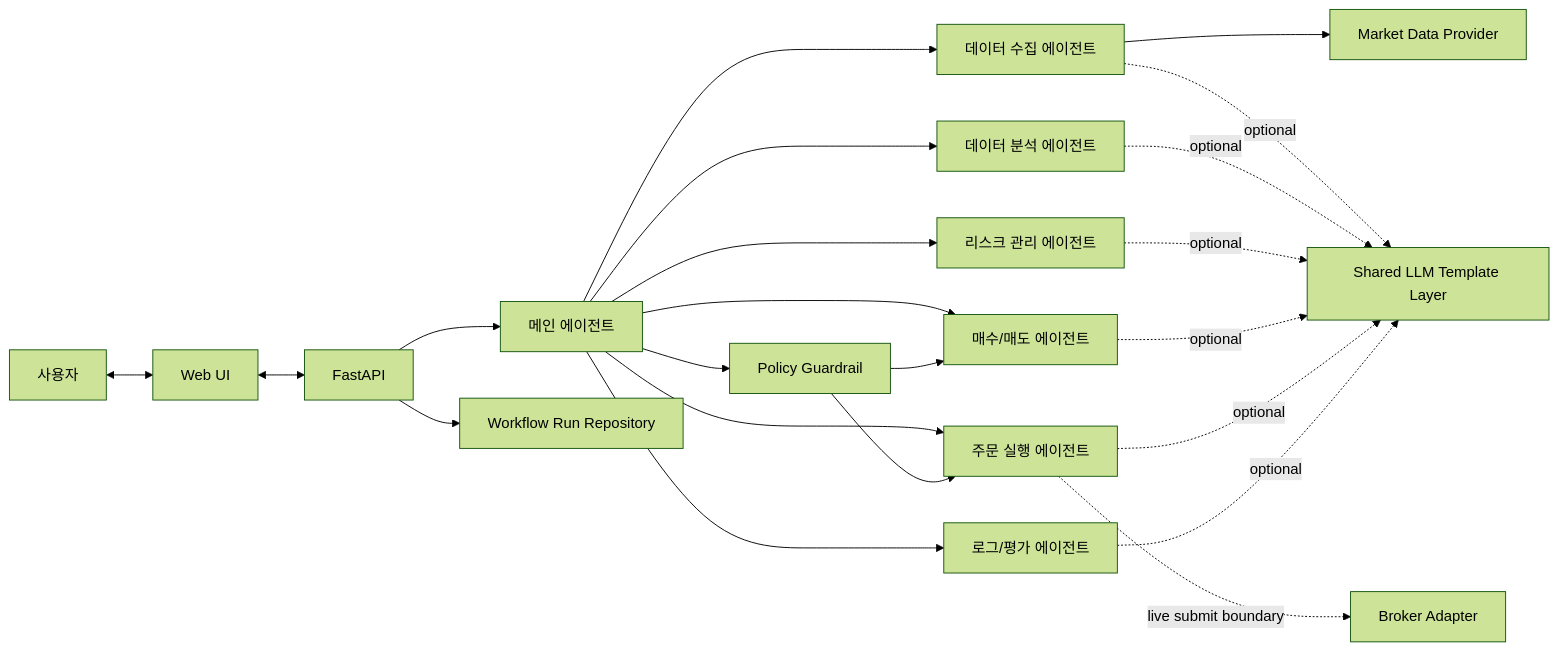
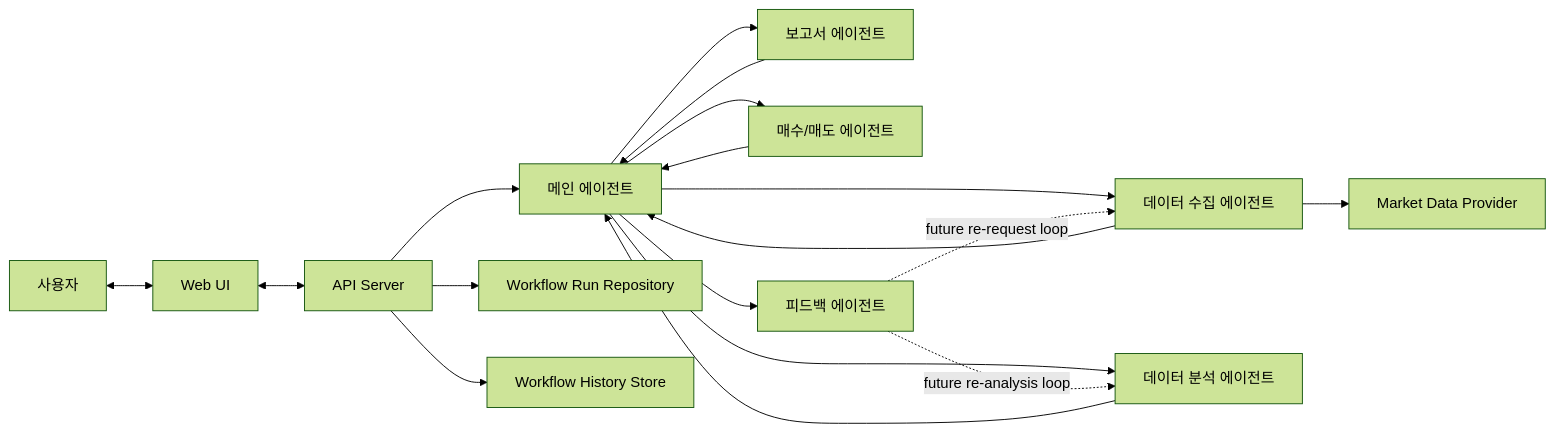
Before and after one commit to lukakas0213/agent-pay-for-urself: the diagram in docs/architecture.md, drawn with Mermaid (forest theme). The commit also changed other lines of this file and 14 other files, not shown here.

Commit message:
fixed: README and lang graph added

````diff
--- a/docs/architecture.md
+++ b/docs/architecture.md
@@ -21,44 +12,37 @@
 ```mermaid
 flowchart LR
     U[사용자]
     UI[Web UI]
-    API[FastAPI]
+    API[API Server]
     MA[메인 에이전트]
 
     DC[데이터 수집 에이전트]
     DA[데이터 분석 에이전트]
-    RM[리스크 관리 에이전트]
+    RP[보고서 에이전트]
     BS[매수/매도 에이전트]
-    OE[주문 실행 에이전트]
-    LE[로그/평가 에이전트]
+    FB[피드백 에이전트]
 
-    LLM[Shared LLM Template Layer]
-    PG[Policy Guardrail]
     MDP[Market Data Provider]
-    BA[Broker Adapter]
     WR[Workflow Run Repository]
+    HR[Workflow History Store]
 
     U <--> UI
     UI <--> API
     API --> MA
     API --> WR
+    API --> HR
 
     MA --> DC
+    DC --> MA
     MA --> DA
-    MA --> RM
+    DA --> MA
+    MA --> RP
+    RP --> MA
     MA --> BS
-    MA --> OE
-    MA --> LE
+    BS --> MA
+    MA --> FB
 
     DC --> MDP
-    DC -. optional .-> LLM
-    DA -. optional .-> LLM
-    RM -. optional .-> LLM
-    BS -. optional .-> LLM
-    OE -. optional .-> LLM
-    LE -. optional .-> LLM
-    MA --> PG
-    PG --> BS
-    PG --> OE
-    OE -. live submit boundary .-> BA
+    FB -. future re-request loop .-> DC
+    FB -. future re-analysis loop .-> DA
 ```
````
